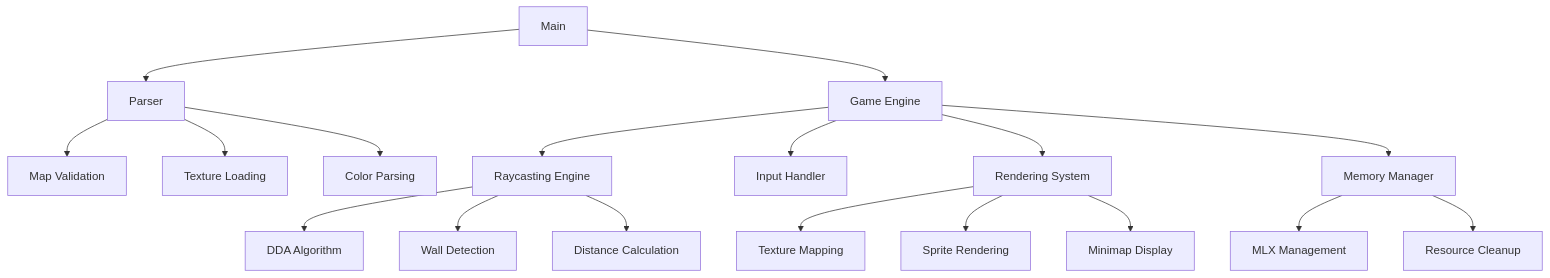
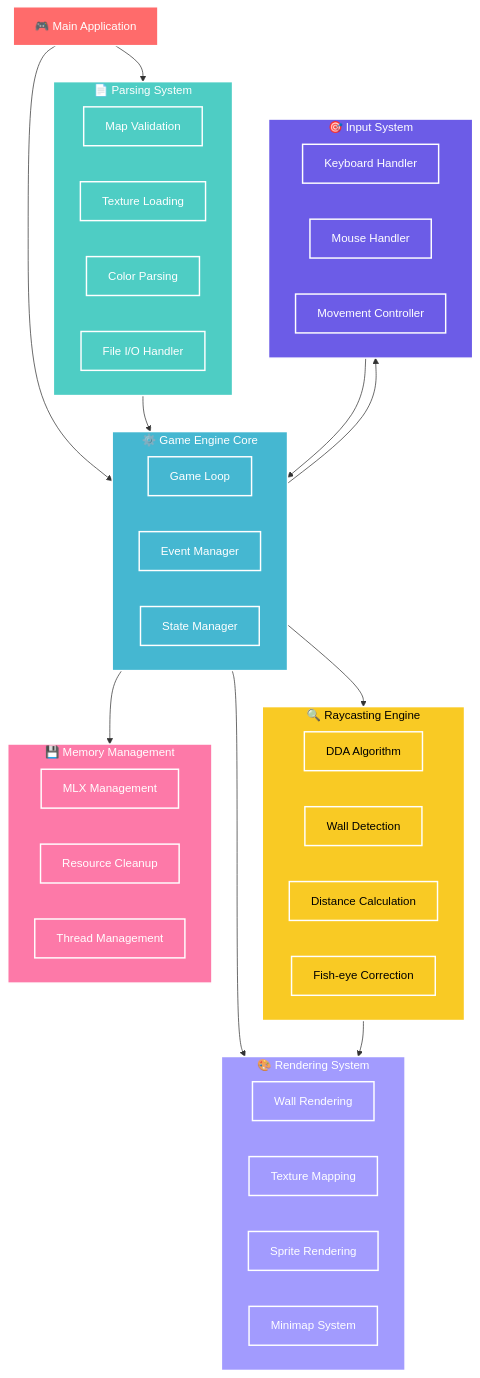
One commit to murairam/cub3d changed the diagram in README.md. Above: the diagram before and after it, drawn with Mermaid.

Commit message:
[add] readme.md update

````diff
--- a/README.md
+++ b/README.md
@@ -26,25 +26,70 @@
 ```mermaid
-graph TD
-    A[Main] --> B[Parser]
-    A --> C[Game Engine]
+flowchart TB
+    Main[🎮 Main Application]
     
-    B --> B1[Map Validation]
-    B --> B2[Texture Loading]
-    B --> B3[Color Parsing]
+    subgraph Parse["📄 Parsing System"]
+        MapVal[Map Validation]
+        TexLoad[Texture Loading]
+        ColorParse[Color Parsing]
+        FileIO[File I/O Handler]
+    end
     
-    C --> C1[Raycasting Engine]
-    C --> C2[Input Handler]
-    C --> C3[Rendering System]
-    C --> C4[Memory Manager]
+    subgraph Engine["⚙️ Game Engine Core"]
+        GameLoop[Game Loop]
+        EventMgr[Event Manager]
+        StateMgr[State Manager]
+    end
     
-    C1 --> D[DDA Algorithm]
-    C1 --> E[Wall Detection]
-    C1 --> F[Distance Calculation]
+    subgraph Raycast["🔍 Raycasting Engine"]
+        DDA[DDA Algorithm]
+        WallDetect[Wall Detection]
+        DistCalc[Distance Calculation]
+        FishEye[Fish-eye Correction]
+    end
     
-    C3 --> G[Texture Mapping]
-    C3 --> H[Sprite Rendering]
-    C3 --> I[Minimap Display]
+    subgraph Input["🎯 Input System"]
+        KeyHandler[Keyboard Handler]
+        MouseHandler[Mouse Handler]
+        Movement[Movement Controller]
+    end
     
-    C4 --> J[MLX Management]
-    C4 --> K[Resource Cleanup]
+    subgraph Render["🎨 Rendering System"]
+        WallRender[Wall Rendering]
+        TexMap[Texture Mapping]
+        SpriteRender[Sprite Rendering]
+        Minimap[Minimap System]
+    end
+    
+    subgraph Memory["💾 Memory Management"]
+        MLXMgr[MLX Management]
+        Cleanup[Resource Cleanup]
+        ThreadMgr[Thread Management]
+    end
+    
+    Main --> Parse
+    Main --> Engine
+    Engine --> Raycast
+    Engine --> Input
+    Engine --> Render
+    Engine --> Memory
+    
+    Parse --> Engine
+    Input --> Engine
+    Raycast --> Render
+    
+    classDef mainClass fill:#ff6b6b,stroke:#fff,stroke-width:2px,color:#fff
+    classDef parseClass fill:#4ecdc4,stroke:#fff,stroke-width:2px,color:#fff
+    classDef engineClass fill:#45b7d1,stroke:#fff,stroke-width:2px,color:#fff
+    classDef raycastClass fill:#f9ca24,stroke:#fff,stroke-width:2px,color:#000
+    classDef inputClass fill:#6c5ce7,stroke:#fff,stroke-width:2px,color:#fff
+    classDef renderClass fill:#a29bfe,stroke:#fff,stroke-width:2px,color:#fff
+    classDef memoryClass fill:#fd79a8,stroke:#fff,stroke-width:2px,color:#fff
+    
+    class Main mainClass
+    class Parse,MapVal,TexLoad,ColorParse,FileIO parseClass
+    class Engine,GameLoop,EventMgr,StateMgr engineClass
+    class Raycast,DDA,WallDetect,DistCalc,FishEye raycastClass
+    class Input,KeyHandler,MouseHandler,Movement inputClass
+    class Render,WallRender,TexMap,SpriteRender,Minimap renderClass
+    class Memory,MLXMgr,Cleanup,ThreadMgr memoryClass
 ```
````
